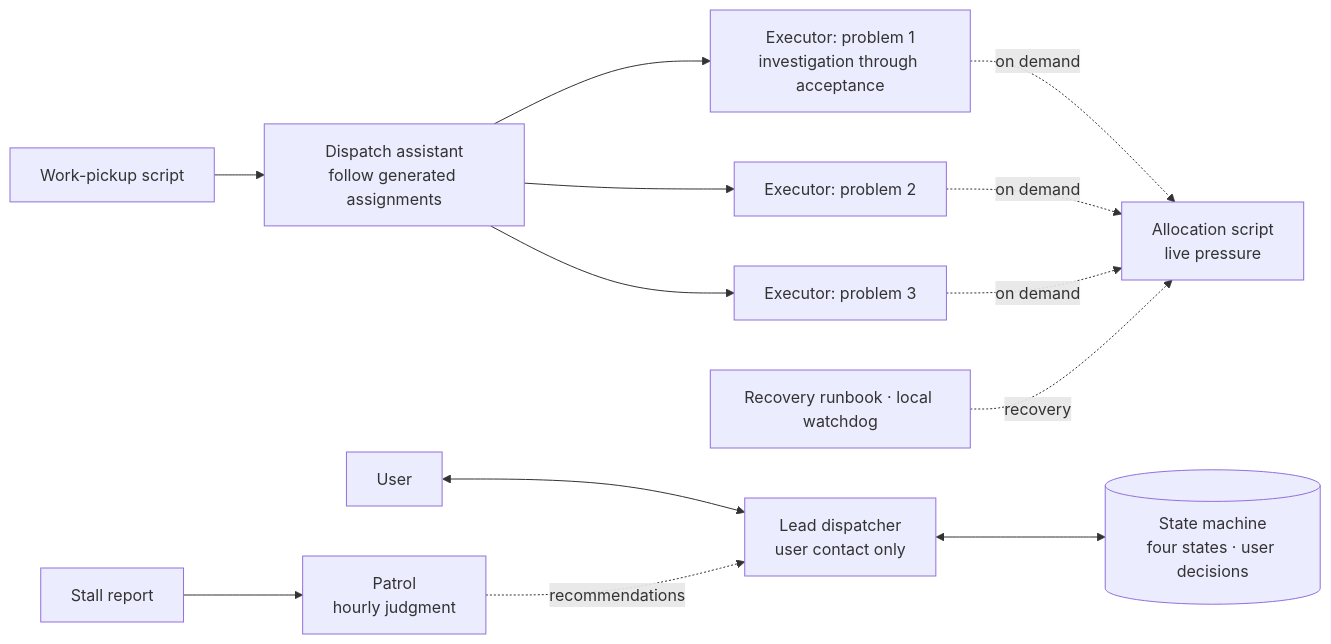
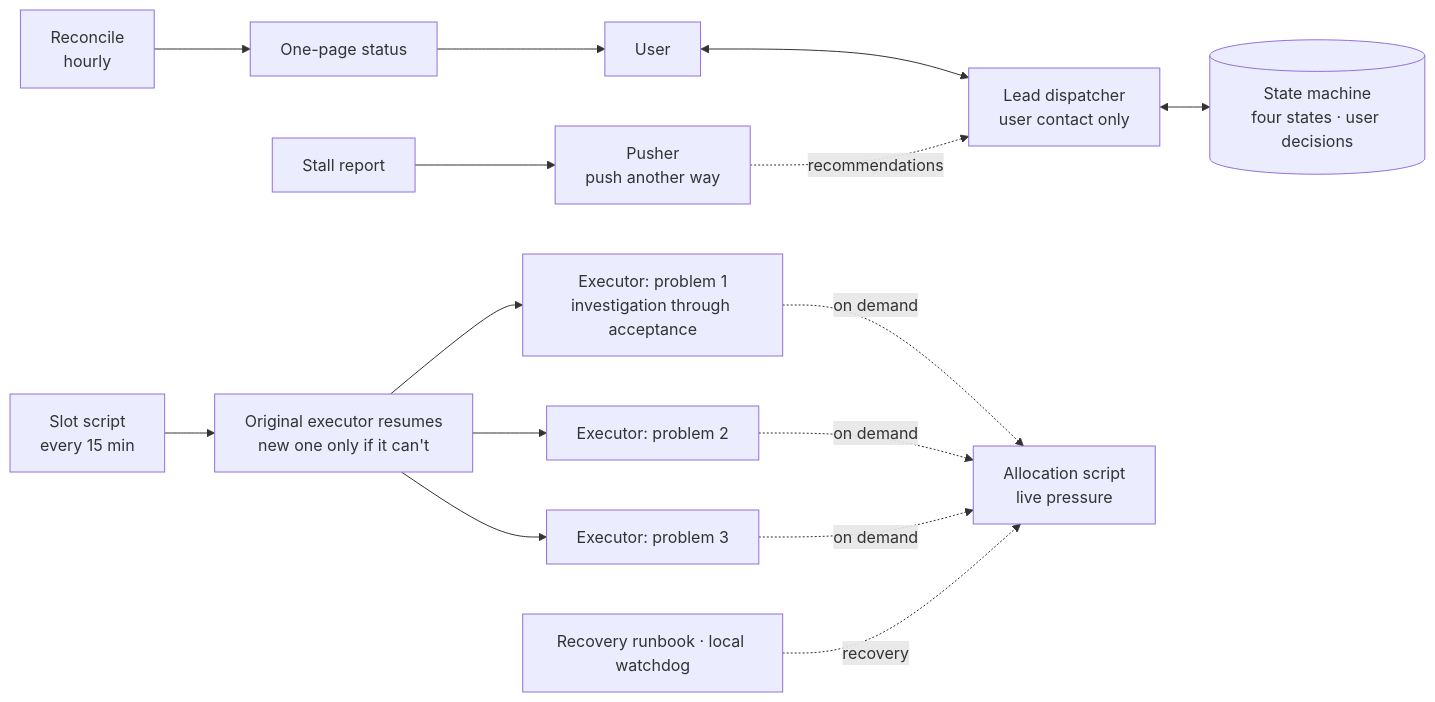
The diagram in README.en.md (LaiHu2002/reliable-agent-dispatch), drawn with Mermaid before and after one commit. The commit also changed other lines of this file and 2 other files, not shown here.

````diff
--- a/README.en.md
+++ b/README.en.md
@@ -11,13 +11,14 @@
 ```mermaid
 flowchart LR
     U[User] <--> D[Lead dispatcher<br/>user contact only]
     D <--> Q[(State machine<br/>four states · user decisions)]
-    S1[Work-pickup script] --> F[Dispatch assistant<br/>follow generated assignments]
+    S1[Slot script<br/>every 15 min] --> F["Original executor resumes<br/>new one only if it can't"]
     F --> W1[Executor: problem 1<br/>investigation through acceptance]
     F --> W2[Executor: problem 2]
     F --> W3[Executor: problem 3]
     W1 & W2 & W3 -.on demand.-> M[Allocation script<br/>live pressure]
-    S2[Stall report] --> P[Patrol<br/>hourly judgment]
+    S2[Stall report] --> P[Pusher<br/>push another way]
     P -.recommendations.-> D
     H[Recovery runbook · local watchdog] -.recovery.-> M
+    R[Reconcile<br/>hourly] --> N[One-page status] --> U
 ```
````
